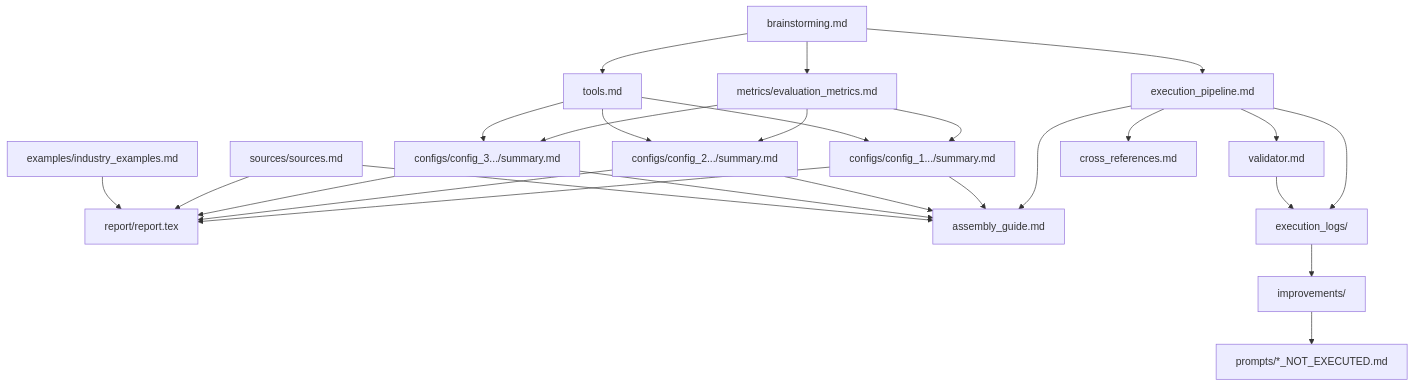
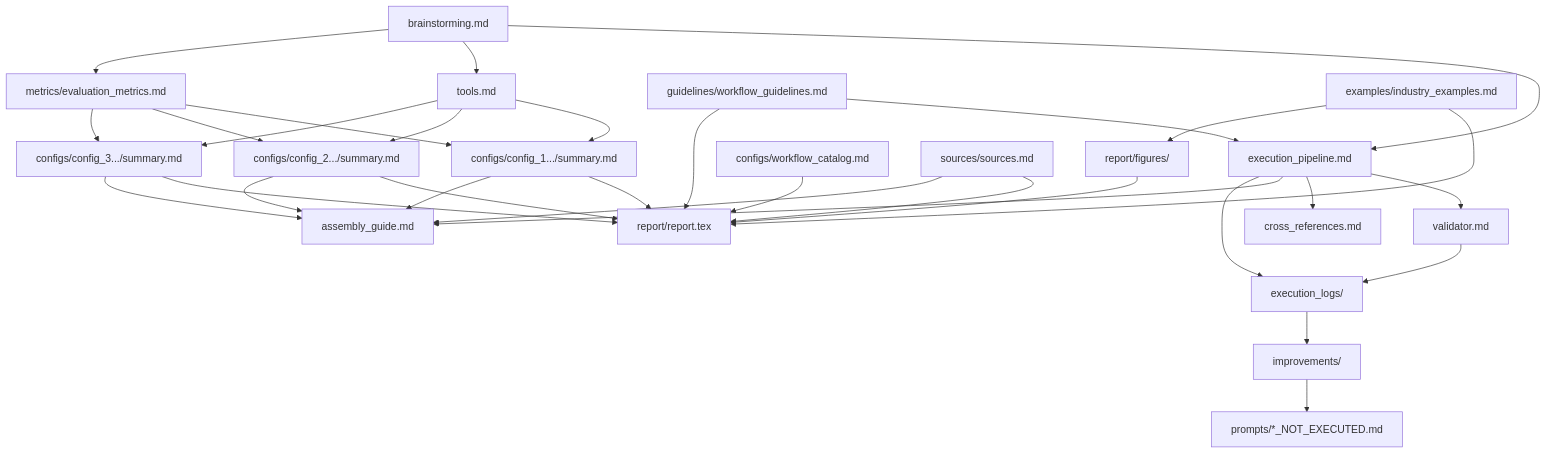
One commit to 293459/AeroWorkflow changed the diagram in airspeeder-aero-workflow/cross_references.md. Above: the diagram before and after it, drawn with Mermaid. The commit also changed other lines of this file and 3 other files, not shown here.

First line of the commit message:
docs: add workflow governance guidelines

````diff
--- a/airspeeder-aero-workflow/cross_references.md
+++ b/airspeeder-aero-workflow/cross_references.md
@@ -16,35 +16,40 @@
 ```mermaid
 graph TD
     BRAIN[brainstorming.md] --> PIPE[execution_pipeline.md]
     BRAIN --> TOOLS[tools.md]
     BRAIN --> METRIC[metrics/evaluation_metrics.md]
+    GUIDE[guidelines/workflow_guidelines.md] --> PIPE
+    GUIDE --> REPORT
     
     METRIC --> C1[configs/config_1.../summary.md]
     METRIC --> C2[configs/config_2.../summary.md]
     METRIC --> C3[configs/config_3.../summary.md]
     TOOLS --> C1
     TOOLS --> C2
     TOOLS --> C3
     
     C1 --> REPORT[report/report.tex]
     C2 --> REPORT
     C3 --> REPORT
+    CATALOG[configs/workflow_catalog.md] --> REPORT
     
     SOURCES[sources/sources.md] --> REPORT
     EXAMPLES[examples/industry_examples.md] --> REPORT
+    EXAMPLES --> FIGS[report/figures/]
+    FIGS --> REPORT
     
     PIPE --> VALID[validator.md]
     PIPE --> CROSS[cross_references.md]
     PIPE --> ASSEMBLY[assembly_guide.md]
     
     C1 --> ASSEMBLY
     C2 --> ASSEMBLY
     C3 --> ASSEMBLY
     SOURCES --> ASSEMBLY
     
     PIPE --> LOG[execution_logs/]
     VALID --> LOG
     
     LOG --> IMPROV[improvements/]
     IMPROV --> PROMPTS_NEW[prompts/*_NOT_EXECUTED.md]
 ```
````
